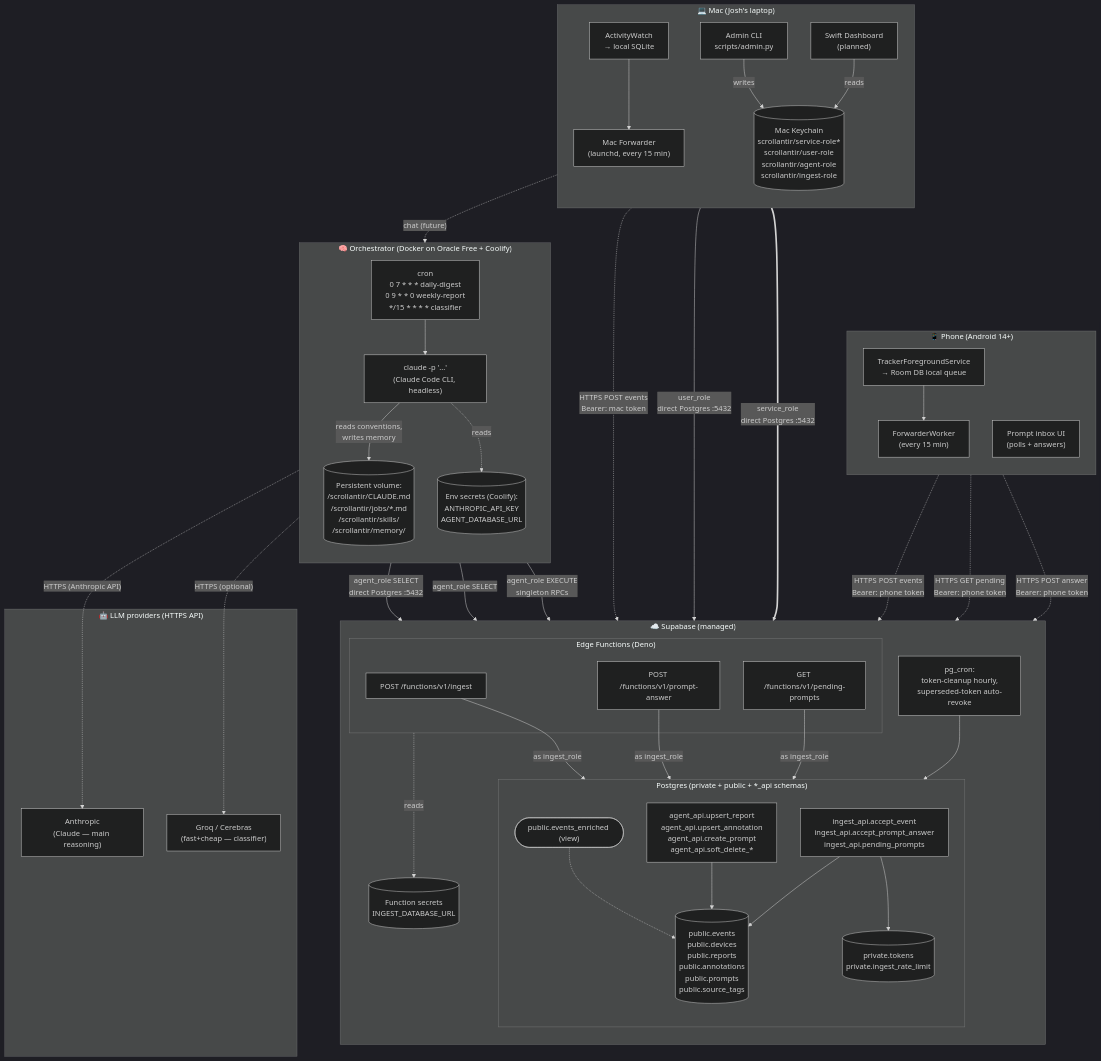
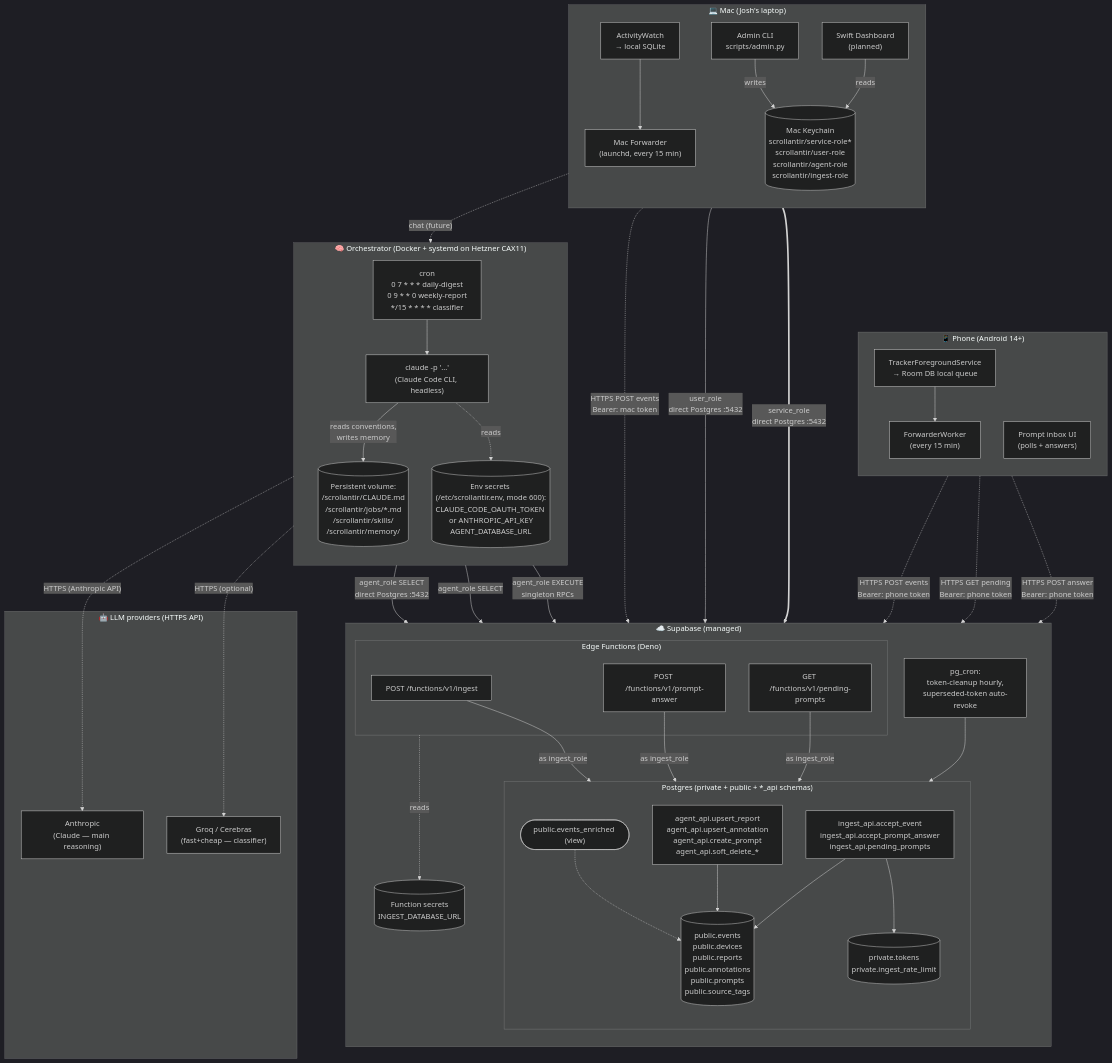
The second of 7 diagrams in docs/data-flow.md (scaryjoshie/scrollantir), drawn with Mermaid (dark theme) before and after one commit. The commit also changed other lines of this file and 7 other files, not shown here.

```diff
--- a/docs/data-flow.md
+++ b/docs/data-flow.md
@@ -123,12 +123,12 @@
   end
 
   %% ═════════ Orchestrator ═════════
-  subgraph ORCH["🧠 Orchestrator (Docker on Oracle Free + Coolify)"]
+  subgraph ORCH["🧠 Orchestrator (Docker + systemd on Hetzner CAX11)"]
     direction TB
     OrchCron["cron<br/>0 7 * * *   daily-digest<br/>0 9 * * 0   weekly-report<br/>*/15 * * * *  classifier"]
     OrchCLI["claude -p '...'<br/>(Claude Code CLI, headless)"]
     OrchFS[("Persistent volume:<br/>/scrollantir/CLAUDE.md<br/>/scrollantir/jobs/*.md<br/>/scrollantir/skills/<br/>/scrollantir/memory/")]
-    OrchEnv[("Env secrets (Coolify):<br/>ANTHROPIC_API_KEY<br/>AGENT_DATABASE_URL")]
+    OrchEnv[("Env secrets (/etc/scrollantir.env, mode 600):<br/>CLAUDE_CODE_OAUTH_TOKEN or ANTHROPIC_API_KEY<br/>AGENT_DATABASE_URL")]
     OrchCron --> OrchCLI
     OrchCLI -- "reads conventions,<br/>writes memory" --> OrchFS
     OrchCLI -. "reads" .-> OrchEnv
```
